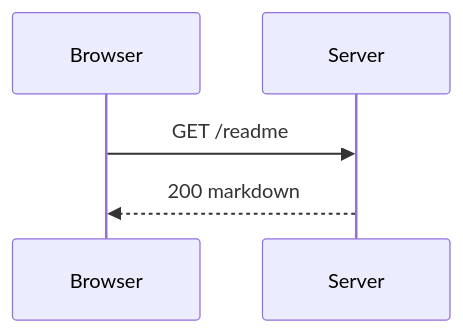
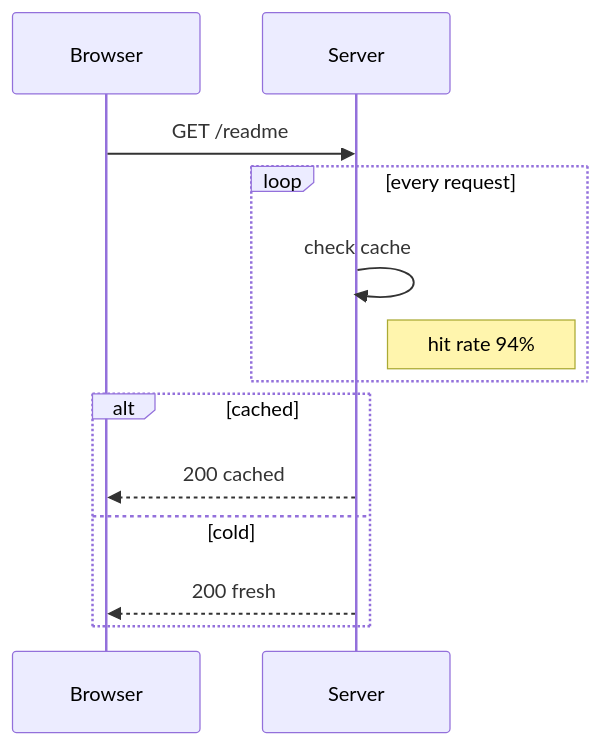
Before and after one commit to erans/mdv: the second of 5 diagrams in README.md, drawn with Mermaid. The commit also changed other lines of this file and 5 other files, not shown here.

Commit message:
mermaid: sequence alt/loop/opt frames, else dividers and notes

````diff
--- a/README.md
+++ b/README.md
@@ -137,7 +137,15 @@
 ```mermaid
 sequenceDiagram
   participant A as Browser
   participant B as Server
   A->>B: GET /readme
-  B-->>A: 200 markdown
+  loop every request
+    B->>B: check cache
+    Note right of B: hit rate 94%
+  end
+  alt cached
+    B-->>A: 200 cached
+  else cold
+    B-->>A: 200 fresh
+  end
 ```
````
